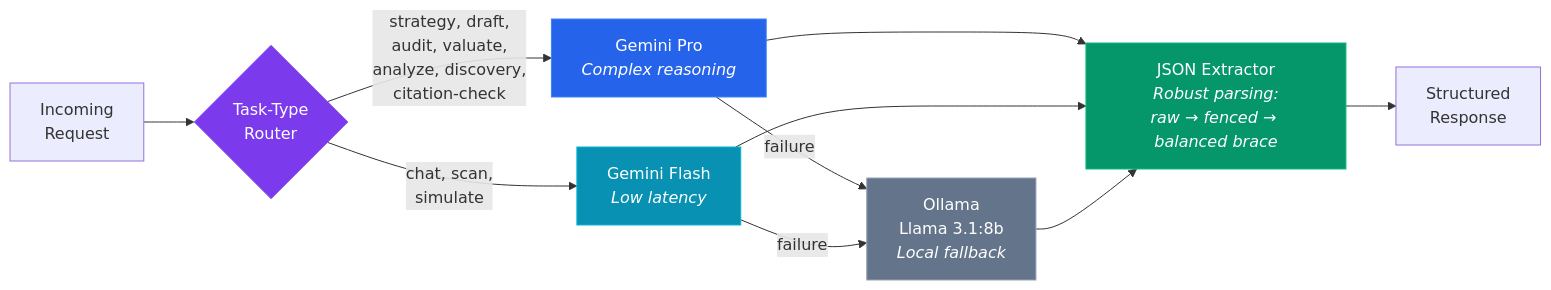
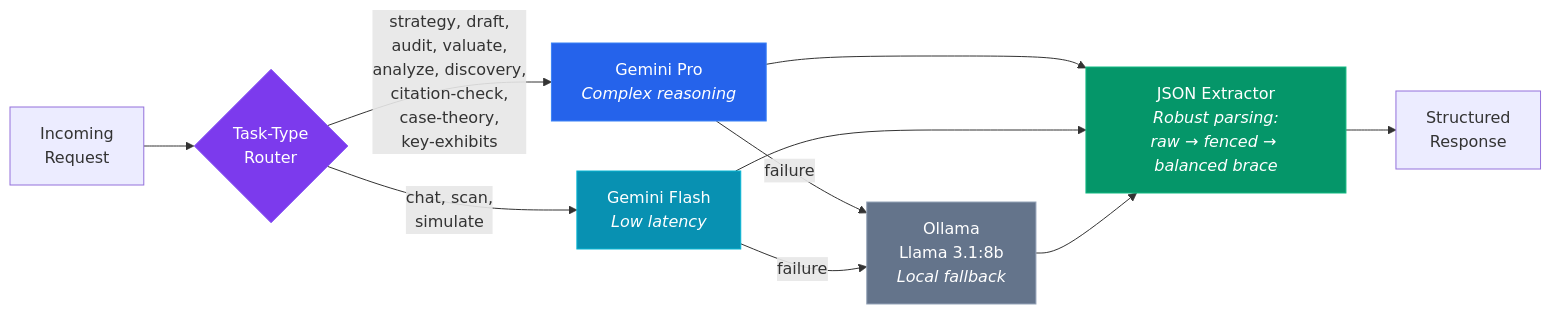
The third of 12 diagrams in ARCHITECTURE.md (EolaFam1828/AetherLegalIntelligence), drawn with Mermaid before and after one commit. The commit also changed other lines of this file and 5 other files, not shown here.

First line of the commit message:
Sync docs for Case Theory Map and Key Exhibits modules

````diff
--- a/ARCHITECTURE.md
+++ b/ARCHITECTURE.md
@@ -184,23 +187,23 @@
 ```mermaid
 flowchart LR
     REQ["Incoming<br/>Request"] --> ROUTER{"Task-Type<br/>Router"}
 
-    ROUTER -->|strategy, draft,<br/>audit, valuate,<br/>analyze, discovery,<br/>citation-check| PRO["Gemini Pro<br/><i>Complex reasoning</i>"]
+    ROUTER -->|strategy, draft,<br/>audit, valuate,<br/>analyze, discovery,<br/>citation-check,<br/>case-theory,<br/>key-exhibits| PRO["Gemini Pro<br/><i>Complex reasoning</i>"]
 
     ROUTER -->|chat, scan,<br/>simulate| FLASH["Gemini Flash<br/><i>Low latency</i>"]
 
     PRO -->|failure| FALLBACK["Ollama<br/>Llama 3.1:8b<br/><i>Local fallback</i>"]
     FLASH -->|failure| FALLBACK
 
     PRO --> EXTRACT["JSON Extractor<br/><i>Robust parsing:<br/>raw → fenced → balanced brace</i>"]
     FLASH --> EXTRACT
     FALLBACK --> EXTRACT
 
     EXTRACT --> RESPONSE["Structured<br/>Response"]
 
     style ROUTER fill:#7c3aed,stroke:#8b5cf6,color:#fff
     style PRO fill:#2563eb,stroke:#3b82f6,color:#fff
     style FLASH fill:#0891b2,stroke:#06b6d4,color:#fff
     style FALLBACK fill:#64748b,stroke:#94a3b8,color:#fff
     style EXTRACT fill:#059669,stroke:#10b981,color:#fff
 ```
````
